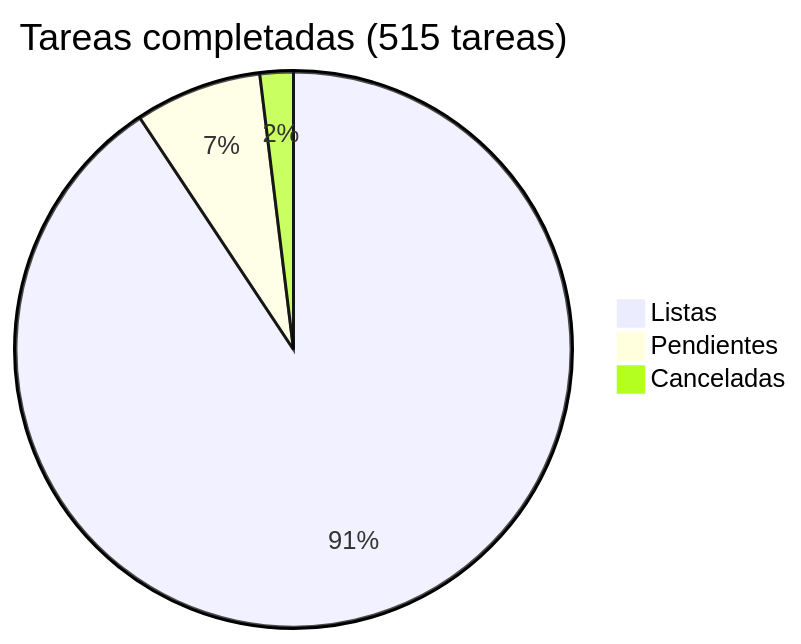
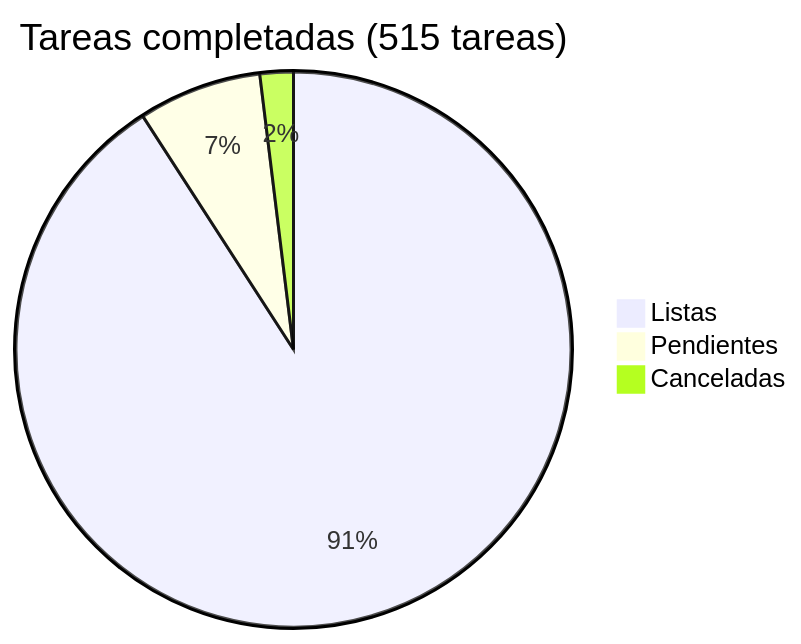
Before and after one commit to araguaney-lat/araguaney: the diagram in docs/roadmap/README.md, drawn with Mermaid. The commit also changed other lines of this file and 1 other file, not shown here.

Commit message:
docs: close phase 29 task 6, Turnstile widget for araguaney.org

````diff
--- a/docs/roadmap/README.md
+++ b/docs/roadmap/README.md
@@ -5,6 +5,6 @@
 ```mermaid
 pie title Tareas completadas (515 tareas)
-    "Listas" : 467
-    "Pendientes" : 38
+    "Listas" : 468
+    "Pendientes" : 37
     "Canceladas" : 10
 ```
````
